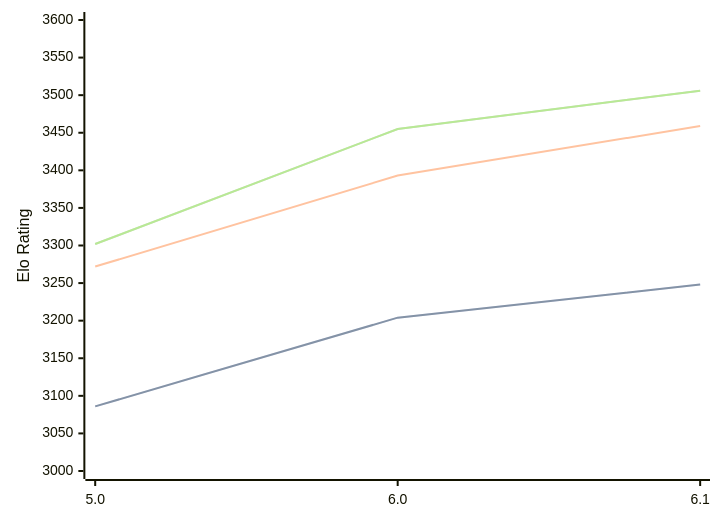
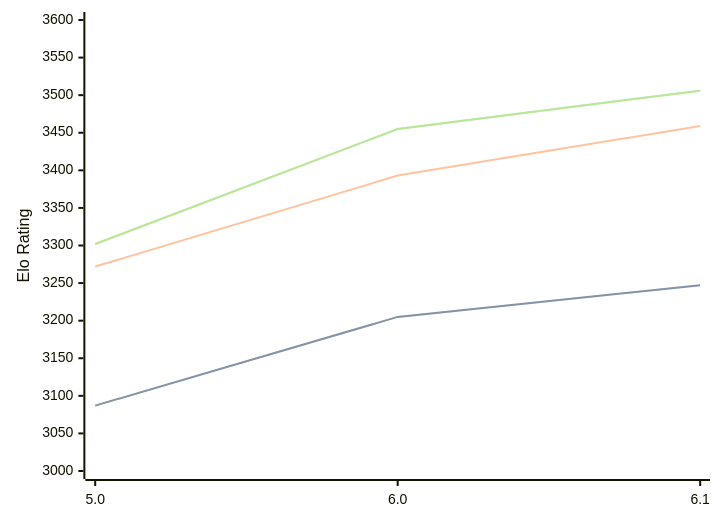
The diagram in engines/PZChessBot.md (computer-chess-index/cci), drawn with Mermaid before and after one commit. The commit also changed other lines of this file, not shown here.

````diff
--- a/engines/PZChessBot.md
+++ b/engines/PZChessBot.md
@@ -39,11 +39,11 @@
 ```mermaid
 %%{init: {"theme":"base","themeVariables":{"seriesColors:['#a3a3a3','#222221','#faa371']}}}%%
 xychart-beta
   x-axis ["5.0", "6.0", "6.1"]
   y-axis "Elo Rating" 3000 --> 3600
-  line "STC (8.0+0.08s)" [3086, 3204, 3248]
-  line "STC (8.0+0.08s)" [3086, 3204, 3248]
+  line "STC (8.0+0.08s)" [3087, 3205, 3247]
+  line "STC (8.0+0.08s)" [3087, 3205, 3247]
   line "LTC (60.0+0.60s)" [3272, 3393, 3459]
   line "VLTC (2m24s+1.12s)" [3302, 3455, 3506]
   line "VLTC (2m24s+1.12s)" [3302, 3455, 3506]
 ```
````
